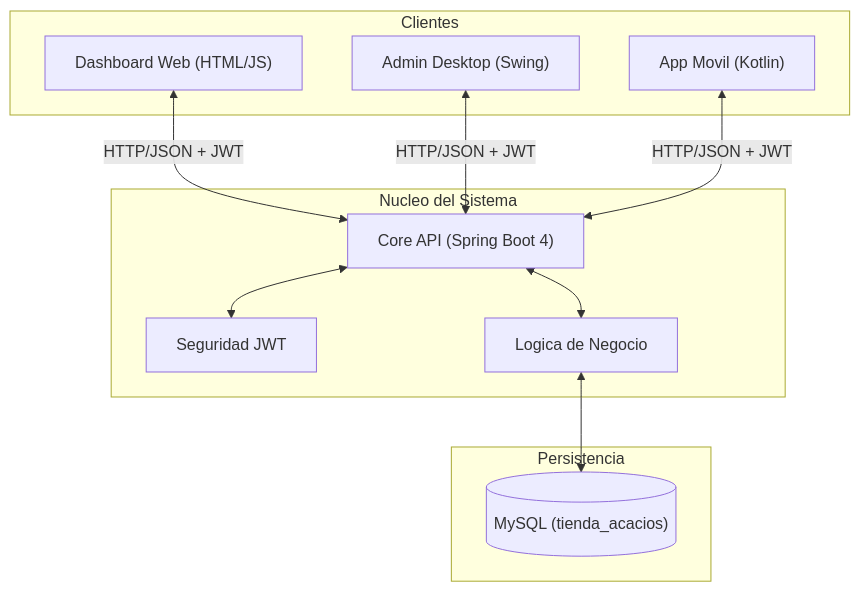
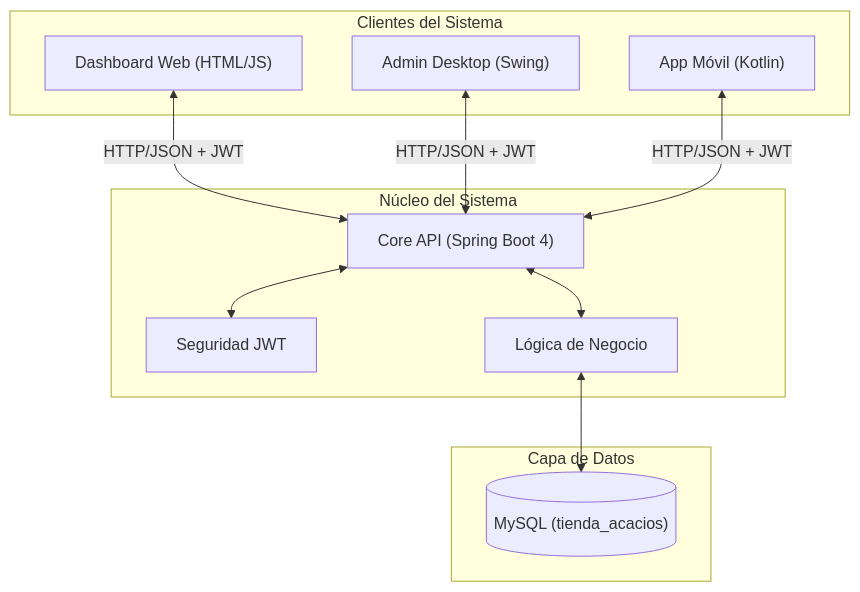
One commit to andresrubiel123/AcaciosWork changed the first of 4 diagrams in infografia/buenas practicas.md. Above: the diagram before and after it, drawn with Mermaid. The commit also changed other lines of this file, not shown here.

````diff
--- a/infografia/buenas practicas.md
+++ b/infografia/buenas practicas.md
@@ -72,25 +196,25 @@
 ```mermaid
 graph TD
-    subgraph Clientes
+    subgraph Clientes ["Clientes del Sistema"]
         Web["Dashboard Web (HTML/JS)"]
         Desk["Admin Desktop (Swing)"]
-        Andr["App Movil (Kotlin)"]
+        Andr["App Móvil (Kotlin)"]
     end
 
-    subgraph Backend_Core ["Nucleo del Sistema"]
+    subgraph Backend_Core ["Núcleo del Sistema"]
         API["Core API (Spring Boot 4)"]
         Auth["Seguridad JWT"]
-        Logic["Logica de Negocio"]
+        Logic["Lógica de Negocio"]
     end
 
-    subgraph Persistencia
+    subgraph Persistencia ["Capa de Datos"]
         DB[("MySQL (tienda_acacios)")]
     end
 
     Web <-->|HTTP/JSON + JWT| API
     Desk <-->|HTTP/JSON + JWT| API
     Andr <-->|HTTP/JSON + JWT| API
     API <--> Logic
     API <--> Auth
     Logic <--> DB
 ```
````
